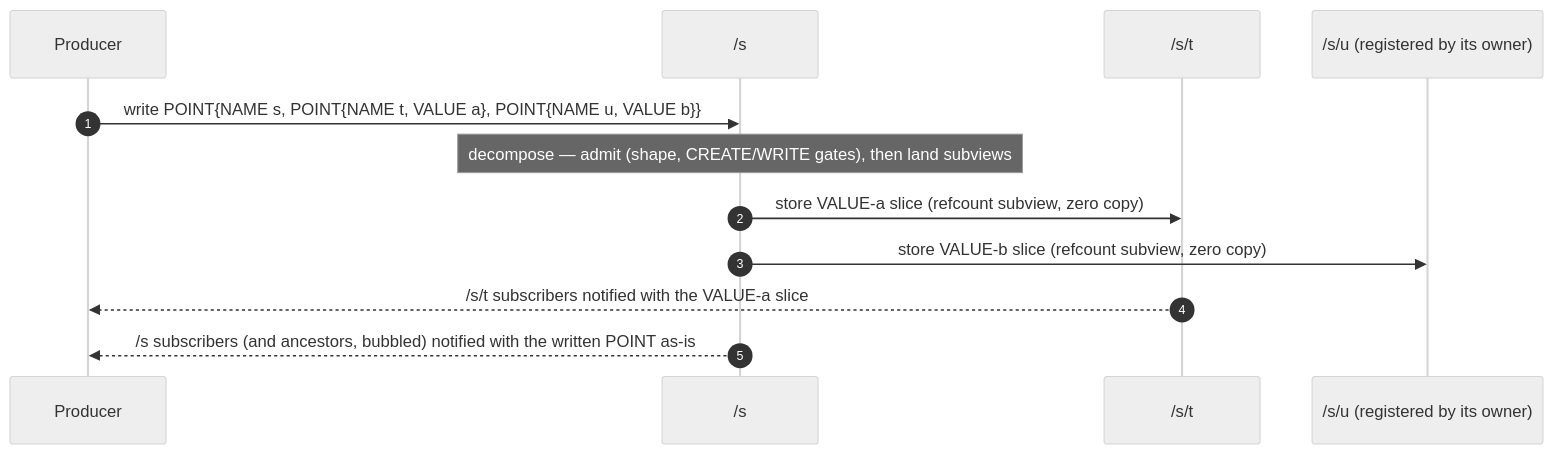
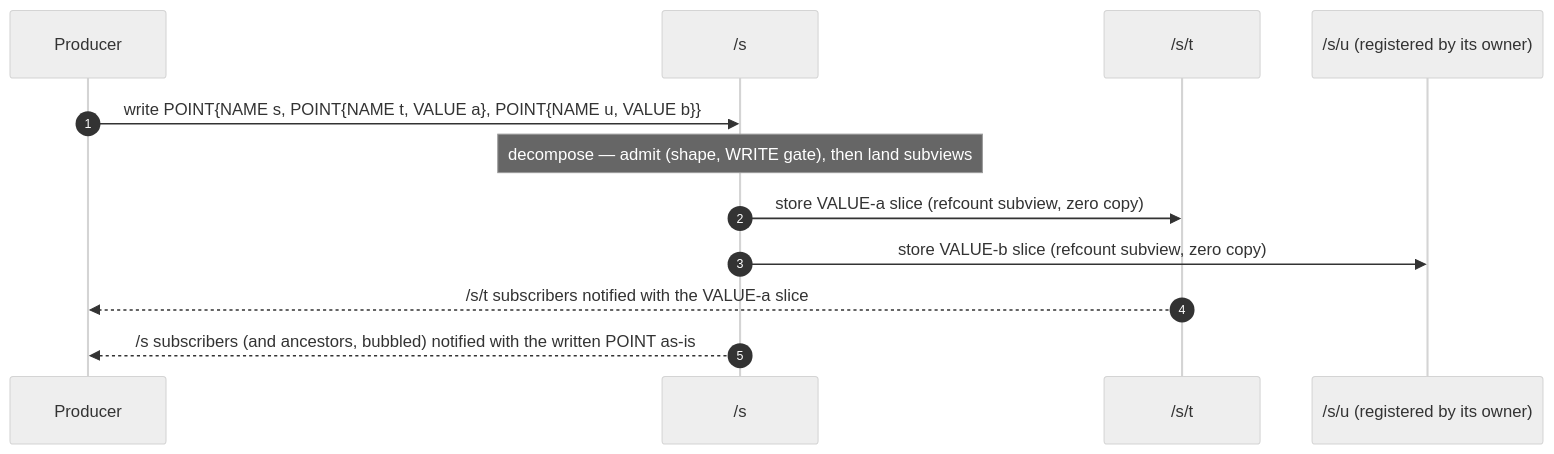
Before and after one commit to avatarsd-llc/libtracer: the fourth of 7 diagrams in docs/reference/05-protocol-tlvs.md, drawn with Mermaid (neutral theme). The commit also changed other lines of this file and 61 other files, not shown here.

````diff
--- a/docs/reference/05-protocol-tlvs.md
+++ b/docs/reference/05-protocol-tlvs.md
@@ -773,14 +773,14 @@
 ```{mermaid}
 sequenceDiagram
     autonumber
     participant P as Producer
     participant S as /s
     participant T as /s/t
     participant U as /s/u (registered by its owner)
     P->>S: write POINT{NAME s, POINT{NAME t, VALUE a}, POINT{NAME u, VALUE b}}
-    Note over S: decompose — admit (shape, CREATE/WRITE gates), then land subviews
+    Note over S: decompose — admit (shape, WRITE gate), then land subviews
     S->>T: store VALUE-a slice (refcount subview, zero copy)
     S->>U: store VALUE-b slice (refcount subview, zero copy)
     T-->>P: /s/t subscribers notified with the VALUE-a slice
     S-->>P: /s subscribers (and ancestors, bubbled) notified with the written POINT as-is
 ```
````
